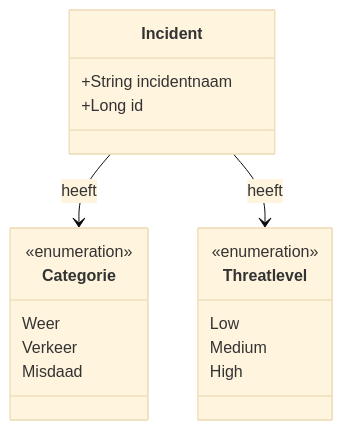
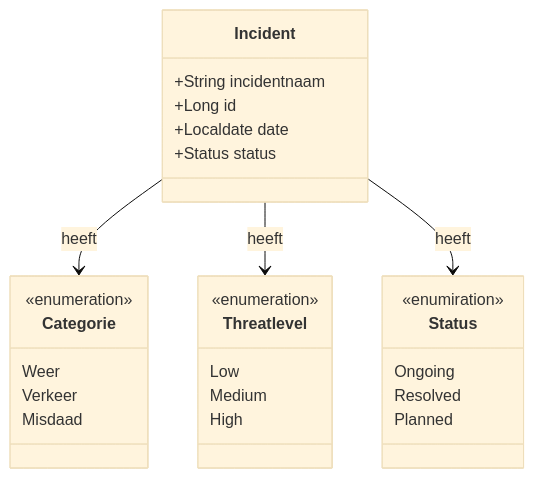
The diagram in documentatie/UML-diagram.md (Broken-Lad/Smart-city-incident-response-platform), drawn with Mermaid (base theme) before and after one commit.

````diff
--- a/documentatie/UML-diagram.md
+++ b/documentatie/UML-diagram.md
@@ -1,24 +1,34 @@
 ```mermaid
 classDiagram
     class Incident {
         +String incidentnaam
         +Long id
+        +Localdate date
+        +Status status
     }
 
     class Categorie {
         <<enumeration>> 
         Weer
         Verkeer
         Misdaad
     }
 
     class Threatlevel {
         <<enumeration>>
         Low
         Medium
         High
     }
 
+    class Status {
+        <<enumiration>>
+        Ongoing
+        Resolved
+        Planned
+    }
+
     Incident --> Categorie : heeft
     Incident --> Threatlevel : heeft
+    Incident --> Status : heeft
 ```
````
